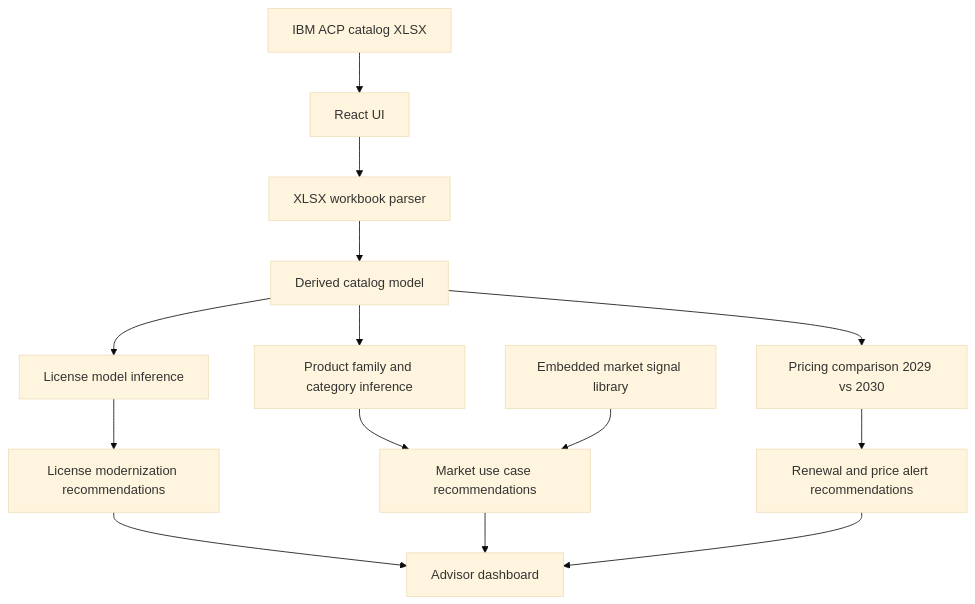
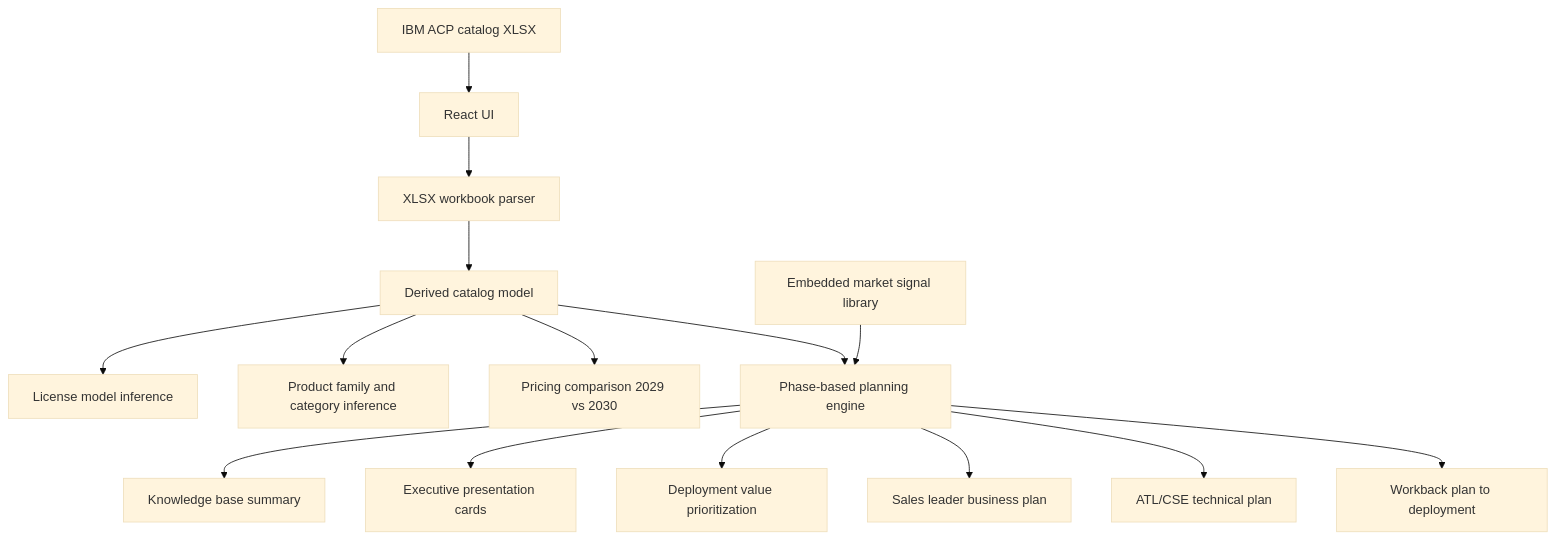
The diagram in README.md (philippefabryw-bot/watsonxchallengehorizon2), drawn with Mermaid (base theme) before and after one commit. The commit also changed other lines of this file and 3 other files, not shown here.

````diff
--- a/README.md
+++ b/README.md
@@ -35,16 +52,17 @@
 ```mermaid
 flowchart TD
     A[IBM ACP catalog XLSX] --> B[React UI]
     B --> C[XLSX workbook parser]
     C --> D[Derived catalog model]
     D --> E[License model inference]
     D --> F[Product family and category inference]
     D --> G[Pricing comparison 2029 vs 2030]
-    E --> H[License modernization recommendations]
-    F --> I[Market use case recommendations]
-    G --> J[Renewal and price alert recommendations]
-    K[Embedded market signal library] --> I
-    H --> L[Advisor dashboard]
-    I --> L
-    J --> L
+    D --> H[Phase-based planning engine]
+    H --> I[Knowledge base summary]
+    H --> J[Executive presentation cards]
+    H --> K[Deployment value prioritization]
+    H --> L[Sales leader business plan]
+    H --> M[ATL/CSE technical plan]
+    H --> N[Workback plan to deployment]
+    O[Embedded market signal library] --> H
 ```
````
